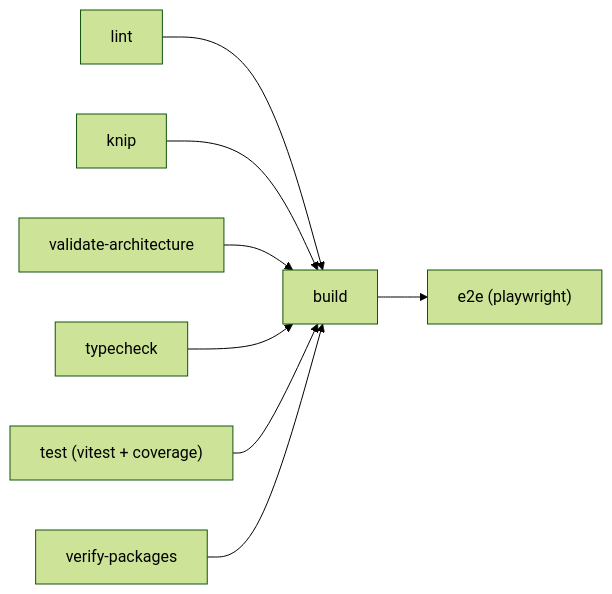
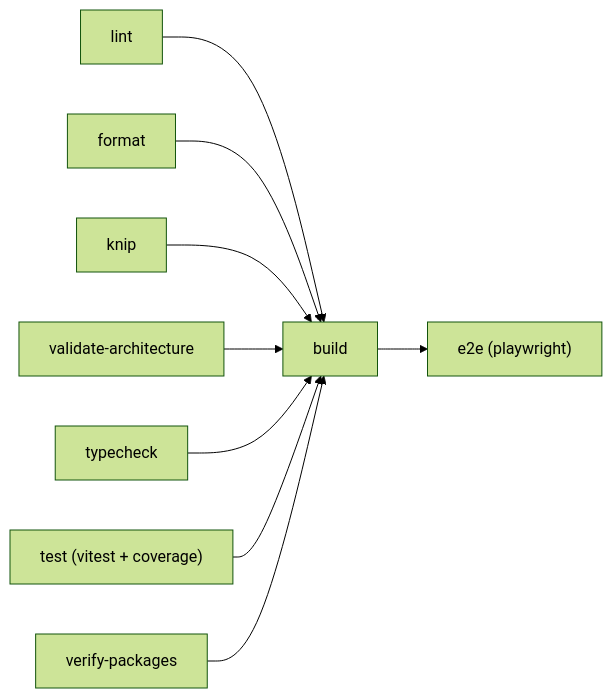
The third of 3 diagrams in apps/website/src/content/blog/post/2026/09/11/monorepo-npm-workspaces-turborepo-nextjs-blog/content.mdx (chicio/chicio-blog), drawn with Mermaid (forest theme) before and after one commit. The commit also changed other lines of this file, not shown here.

First line of the commit message:
content: :memo: update the monorepo article for the format gate and OIDC caching

````diff
--- a/apps/website/src/content/blog/post/2026/09/11/monorepo-npm-workspaces-turborepo-nextjs-blog/content.mdx
+++ b/apps/website/src/content/blog/post/2026/09/11/monorepo-npm-workspaces-turborepo-nextjs-blog/content.mdx
@@ -800,10 +800,11 @@
 ```mermaid
 graph LR
     L["lint"] --> B["build"]
+    F["format"] --> B
     K["knip"] --> B
     A["validate-architecture"] --> B
     T["typecheck"] --> B
     TE["test (vitest + coverage)"] --> B
     V["verify-packages"] --> B
     B --> E["e2e (playwright)"]
 ```
````
